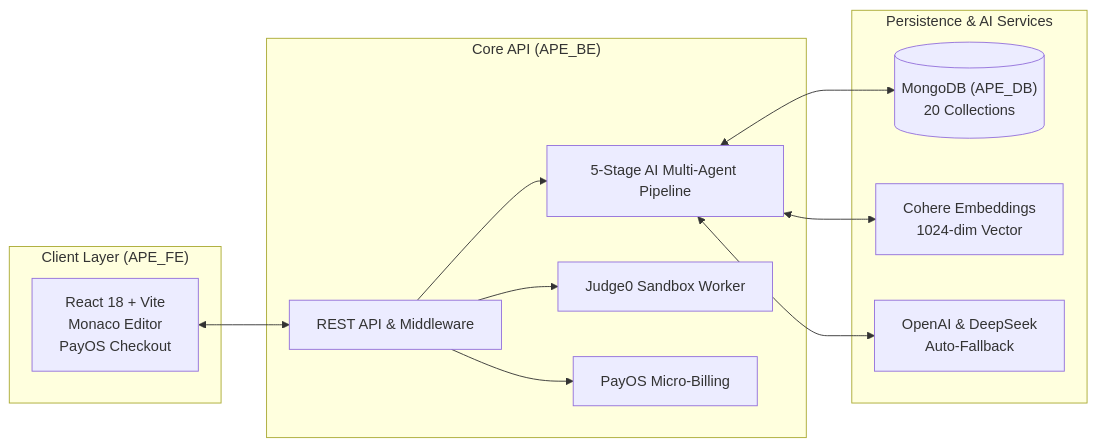
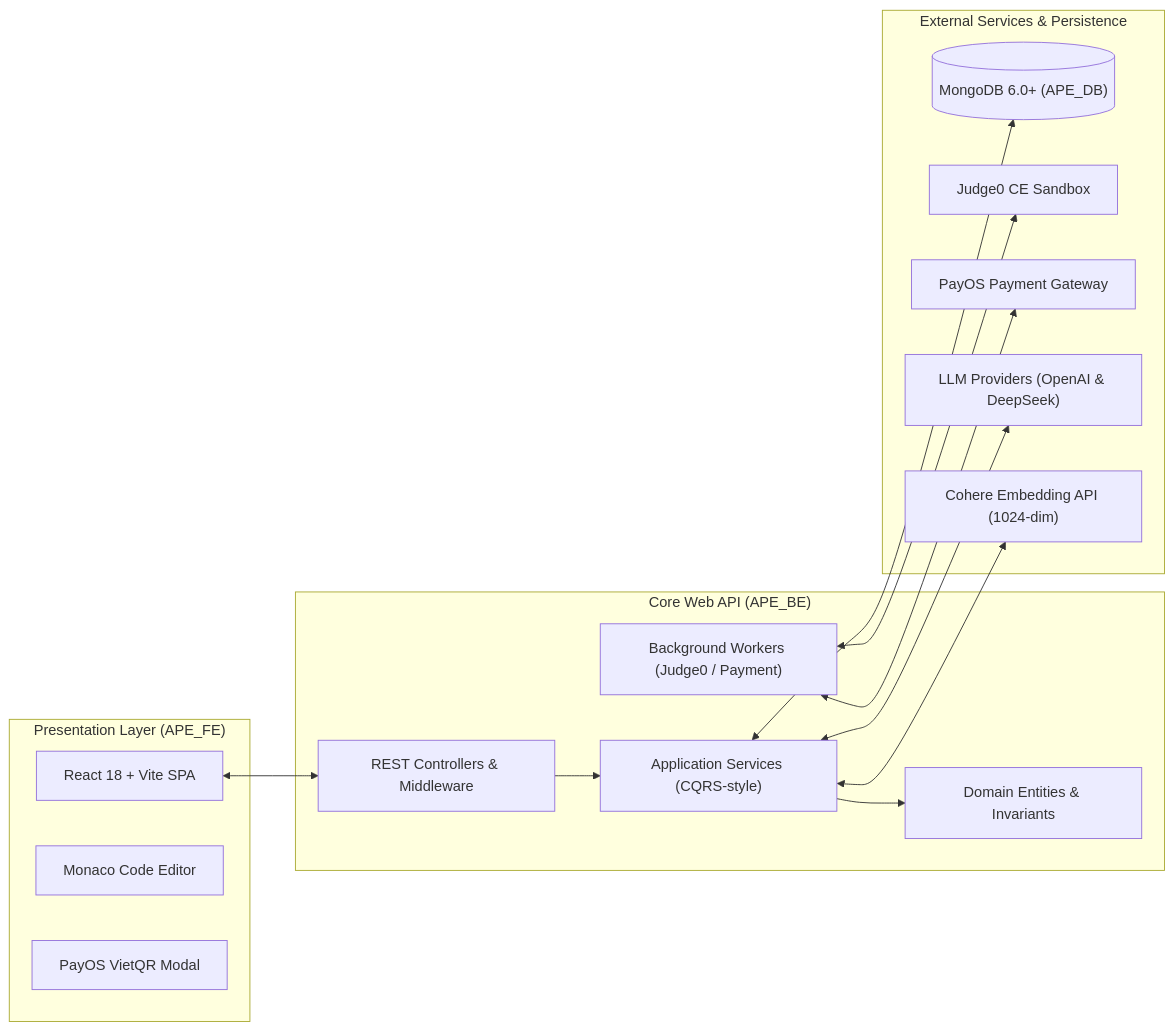
Before and after one commit to SEP490-G26/APE: the diagram in README.md, drawn with Mermaid. The commit also changed other lines of this file and 2 other files, not shown here.

Commit message:
docs: overhaul master README, add team attribution, technical limitations, and AI Core contribution portfolio

````diff
--- a/README.md
+++ b/README.md
@@ -83,23 +50,31 @@
 ```mermaid
 flowchart LR
-    subgraph Frontend["Client Layer (APE_FE)"]
-        UI["React 18 + Vite<br/>Monaco Editor<br/>PayOS Checkout"]
+    subgraph Client["Presentation Layer (APE_FE)"]
+        UI["React 18 + Vite SPA"]
+        Monaco["Monaco Code Editor"]
+        PayModal["PayOS VietQR Modal"]
     end
-    
-    subgraph Backend["Core API (APE_BE)"]
-        API["REST API & Middleware"]
-        Pipe["5-Stage AI Multi-Agent Pipeline"]
-        Judge["Judge0 Sandbox Worker"]
-        Bill["PayOS Micro-Billing"]
+
+    subgraph Backend["Core Web API (APE_BE)"]
+        API["REST Controllers & Middleware"]
+        App["Application Services (CQRS-style)"]
+        Domain["Domain Entities & Invariants"]
+        Workers["Background Workers (Judge0 / Payment)"]
     end
-    
-    subgraph Storage["Persistence & AI Services"]
-        DB[("MongoDB (APE_DB)<br/>20 Collections")]
-        Cohere["Cohere Embeddings<br/>1024-dim Vector"]
-        LLMs["OpenAI & DeepSeek<br/>Auto-Fallback"]
+
+    subgraph External["External Services & Persistence"]
+        DB[("MongoDB 6.0+ (APE_DB)")]
+        Judge["Judge0 CE Sandbox"]
+        PayOS["PayOS Payment Gateway"]
+        AI["LLM Providers (OpenAI & DeepSeek)"]
+        Vector["Cohere Embedding API (1024-dim)"]
     end
 
     UI <--> API
-    API --> Pipe & Judge & Bill
-    Pipe <--> DB & Cohere & LLMs
+    API --> App --> Domain
+    App <--> DB
+    Workers <--> Judge
+    Workers <--> PayOS
+    App <--> AI
+    App <--> Vector
 ```
````
